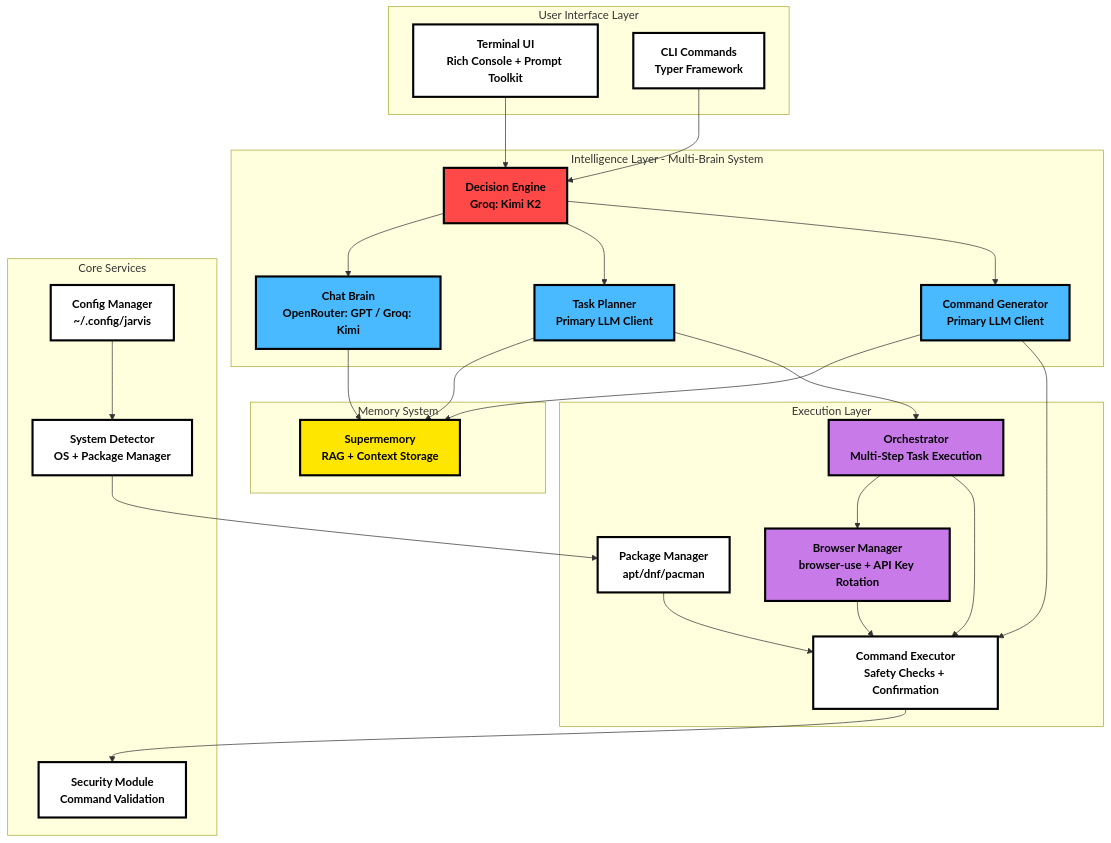
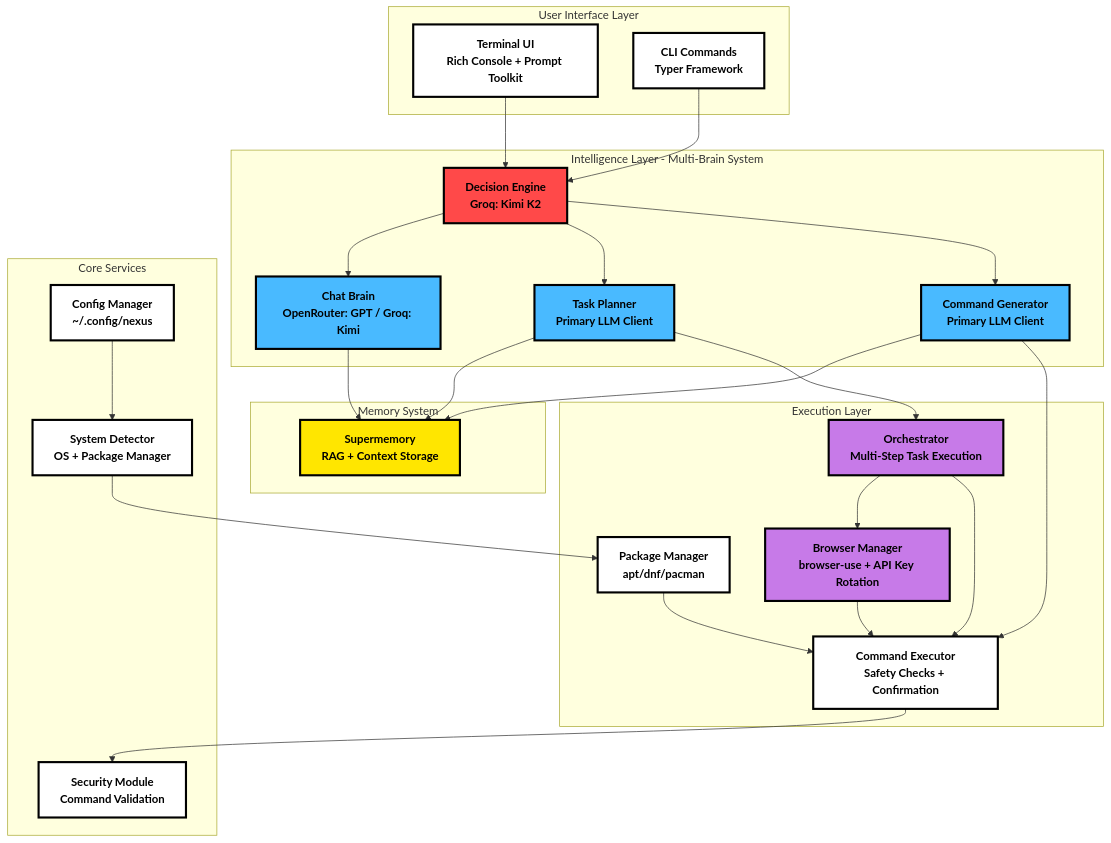
The first of 7 diagrams in README.md (Garvit1000/nexus), drawn with Mermaid before and after one commit. The commit also changed other lines of this file and 6 other files, not shown here.

````diff
--- a/README.md
+++ b/README.md
@@ -24,61 +24,61 @@
 ```mermaid
 %%{init: {"themeVariables": {"fontFamily": "monospace"}}}%%
 graph TB
     classDef default fill:#fff,stroke:#000,stroke-width:3px,color:#000,font-weight:bold;
     classDef highlight fill:#ffe600,stroke:#000,stroke-width:3px,color:#000,font-weight:bold;
     classDef secondary fill:#ff4949,stroke:#000,stroke-width:3px,color:#000,font-weight:bold;
     classDef tertiary fill:#49baff,stroke:#000,stroke-width:3px,color:#000,font-weight:bold;
     classDef purple fill:#c77ae8,stroke:#000,stroke-width:3px,color:#000,font-weight:bold;
     subgraph "User Interface Layer"
         TUI[Terminal UI<br/>Rich Console + Prompt Toolkit]
         CLI[CLI Commands<br/>Typer Framework]
     end
 
     subgraph "Intelligence Layer - Multi-Brain System"
         Router[Decision Engine<br/>Groq: Kimi K2]:::secondary
         Chat[Chat Brain<br/>OpenRouter: GPT / Groq: Kimi]:::tertiary
         Planner[Task Planner<br/>Primary LLM Client]:::tertiary
         CmdGen[Command Generator<br/>Primary LLM Client]:::tertiary
     end
 
     subgraph "Memory System"
         Memory[Supermemory<br/>RAG + Context Storage]:::highlight
     end
 
     subgraph "Execution Layer"
         Orchestrator[Orchestrator<br/>Multi-Step Task Execution]:::purple
         Executor[Command Executor<br/>Safety Checks + Confirmation]
         Browser[Browser Manager<br/>browser-use + API Key Rotation]:::purple
         Package[Package Manager<br/>apt/dnf/pacman]
     end
 
     subgraph "Core Services"
-        Config[Config Manager<br/>~/.config/jarvis]
+        Config[Config Manager<br/>~/.config/nexus]
         System[System Detector<br/>OS + Package Manager]
         Security[Security Module<br/>Command Validation]
     end
 
     TUI --> Router
     CLI --> Router
     Router --> Chat
     Router --> Planner
     Router --> CmdGen
 
     Chat --> Memory
     Planner --> Memory
     CmdGen --> Memory
 
     Planner --> Orchestrator
     CmdGen --> Executor
 
     Orchestrator --> Browser
     Orchestrator --> Executor
 
     Executor --> Security
     Browser --> Executor
     Package --> Executor
 
     Config --> System
     System --> Package
 
 ```
````
